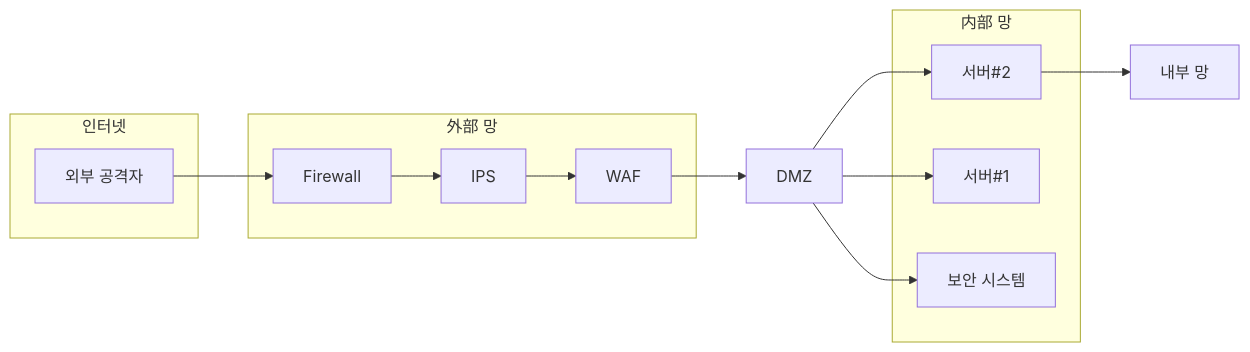
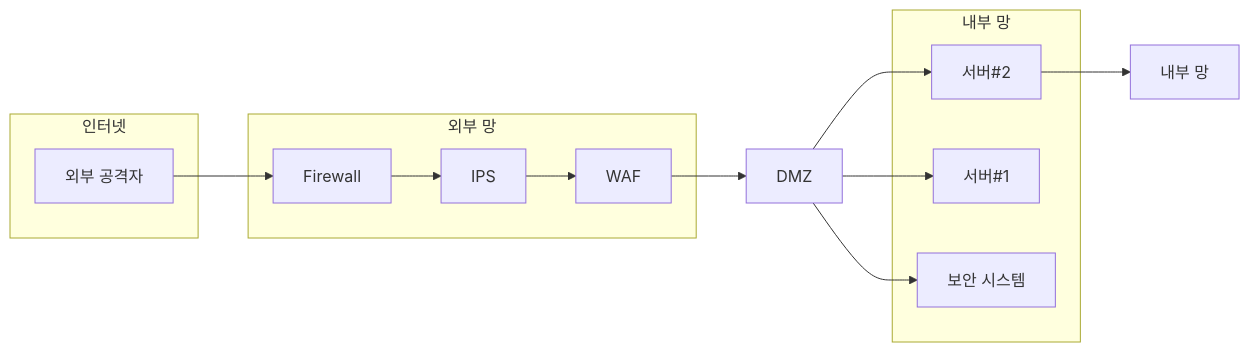
Before and after one commit to qubitsec/plura: the diagram in philosophy/ko/why-PLURA-XDR.md, drawn with Mermaid. The commit also changed other lines of this file, not shown here.

````diff
--- a/philosophy/ko/why-PLURA-XDR.md
+++ b/philosophy/ko/why-PLURA-XDR.md
@@ -21,28 +19,28 @@
 ```mermaid
 flowchart LR
     외부공격자[외부 공격자] -->Firewall
     Firewall --> IPS
     IPS --> WAF
     WAF --> DMZ[DMZ]
     내부서버2 --> 내부망[내부 망]
     
     subgraph 공격자[인터넷]
         외부공격자
     end
     
-    subgraph 외부망[外部 망]
+    subgraph 외부망[외부 망]
         Firewall
         IPS
         WAF
     end
     
-    subgraph 내부망구역[内部 망]
+    subgraph 내부망구역[내부 망]
         내부서버1[서버#1]
         내부서버2[서버#2]
         내부보안[보안 시스템]
     end
     
     DMZ --> 내부서버1
     DMZ --> 내부서버2
     DMZ --> 내부보안
 ```
````
